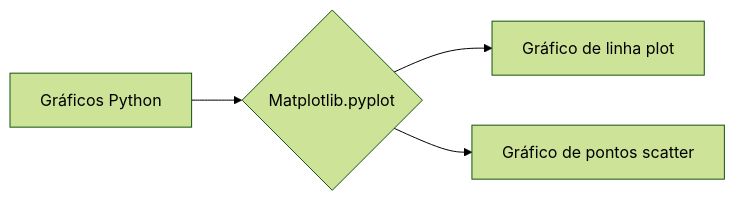
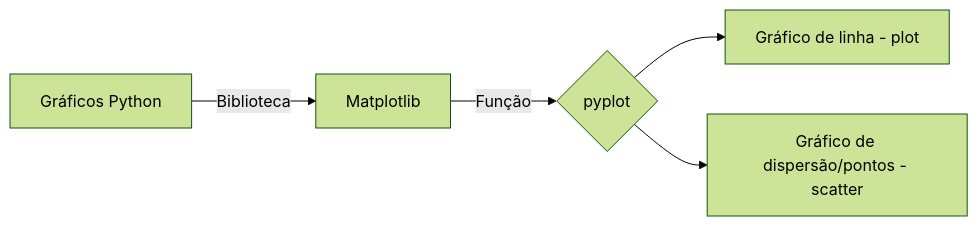
The fourth of 4 diagrams in python_basic.qmd (seperool/study_of_python), drawn with Mermaid (forest theme) before and after one commit. The commit also changed other lines of this file and 1 other file, not shown here.

Commit message:
removendo contornos dos pontos do gráfico de dispersao

````diff
--- a/python_basic.qmd
+++ b/python_basic.qmd
@@ -7056,10 +7065,10 @@
 ```{mermaid}
-
-%%| fig-cap: "Gráficos matplotlib"
+%%| fig-cap: "Gráficos Biblioteca matplotlib"
 %%| fig-width: 6.5
 %%| fig-height: 7.5
 flowchart LR
-  A[Gráficos Python] --> B{Matplotlib.pyplot}
-  B --> C[Gráfico de linha plot]
-  B --> D[Gráfico de pontos scatter]
+  A[Gráficos Python] -- Biblioteca --> B[Matplotlib]
+  B -- Função --> C{pyplot}
+  C --> D[Gráfico de linha - plot]
+  C --> E[Gráfico de dispersão/pontos - scatter]
 ```
````
